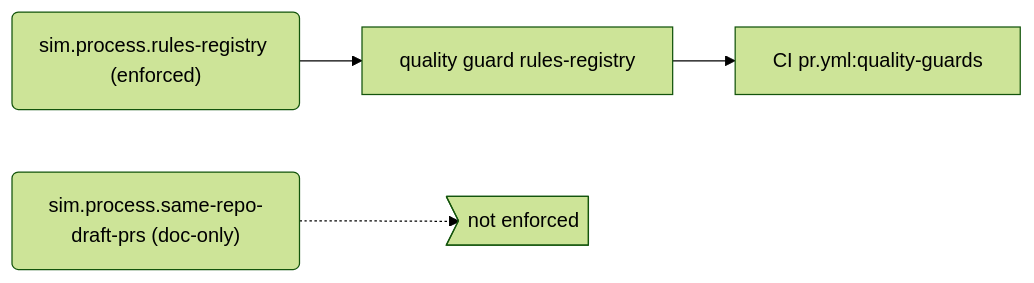
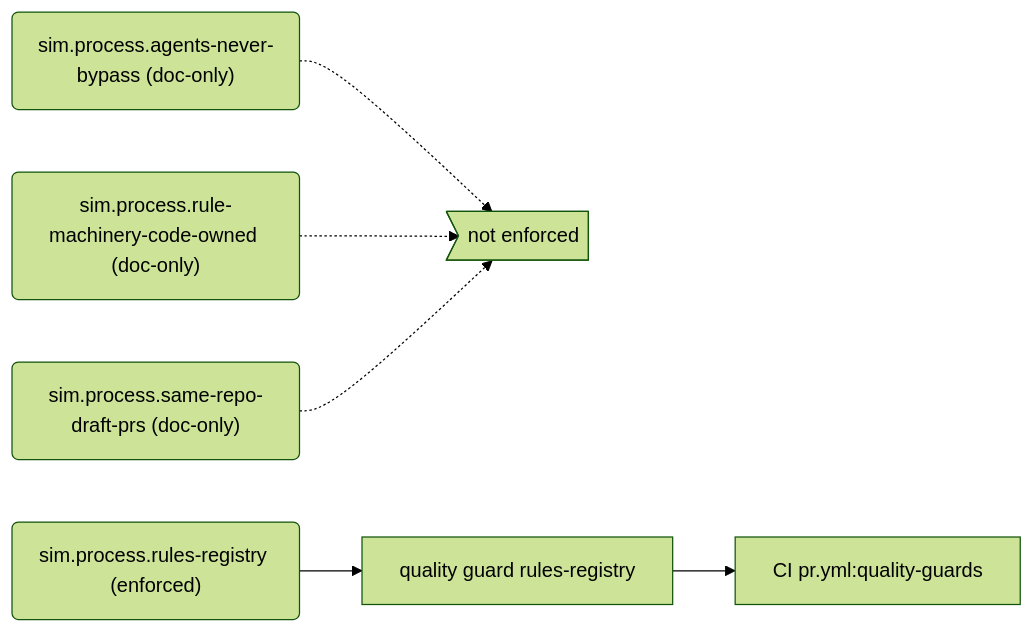
Before and after one commit to PolicyEngine/policyengine-sim-api: the seventh of 7 diagrams in docs/generated/rules.md, drawn with Mermaid (forest theme). The commit also changed other lines of this file and 2 other files, not shown here.

````diff
--- a/docs/generated/rules.md
+++ b/docs/generated/rules.md
@@ -261,11 +271,15 @@
 ```mermaid
 flowchart LR
+  r_sim_process_agents_never_bypass("sim.process.agents-never-bypass (doc-only)")
+  gap_unenforced>"not enforced"]
+  r_sim_process_rule_machinery_code_owned("sim.process.rule-machinery-code-owned (doc-only)")
   r_sim_process_rules_registry("sim.process.rules-registry (enforced)")
   e_quality_guard_rules_registry["quality guard rules-registry"]
   j_CI_pr_yml_quality_guards["CI pr.yml:quality-guards"]
   r_sim_process_same_repo_draft_prs("sim.process.same-repo-draft-prs (doc-only)")
-  gap_unenforced>"not enforced"]
+  r_sim_process_agents_never_bypass -.-> gap_unenforced
+  r_sim_process_rule_machinery_code_owned -.-> gap_unenforced
   r_sim_process_rules_registry --> e_quality_guard_rules_registry
   e_quality_guard_rules_registry --> j_CI_pr_yml_quality_guards
   r_sim_process_same_repo_draft_prs -.-> gap_unenforced
 ```
````
